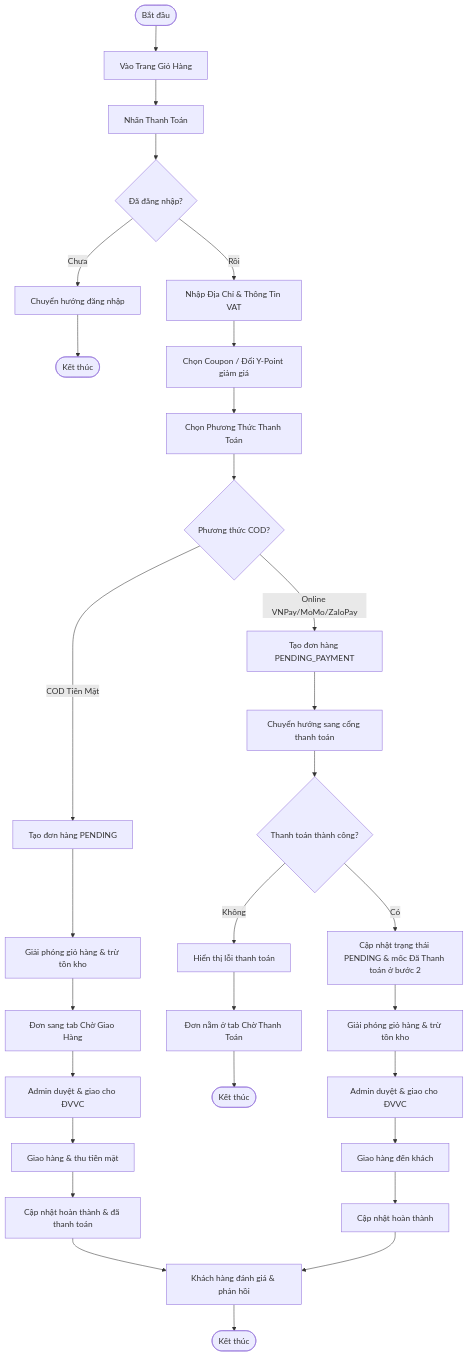
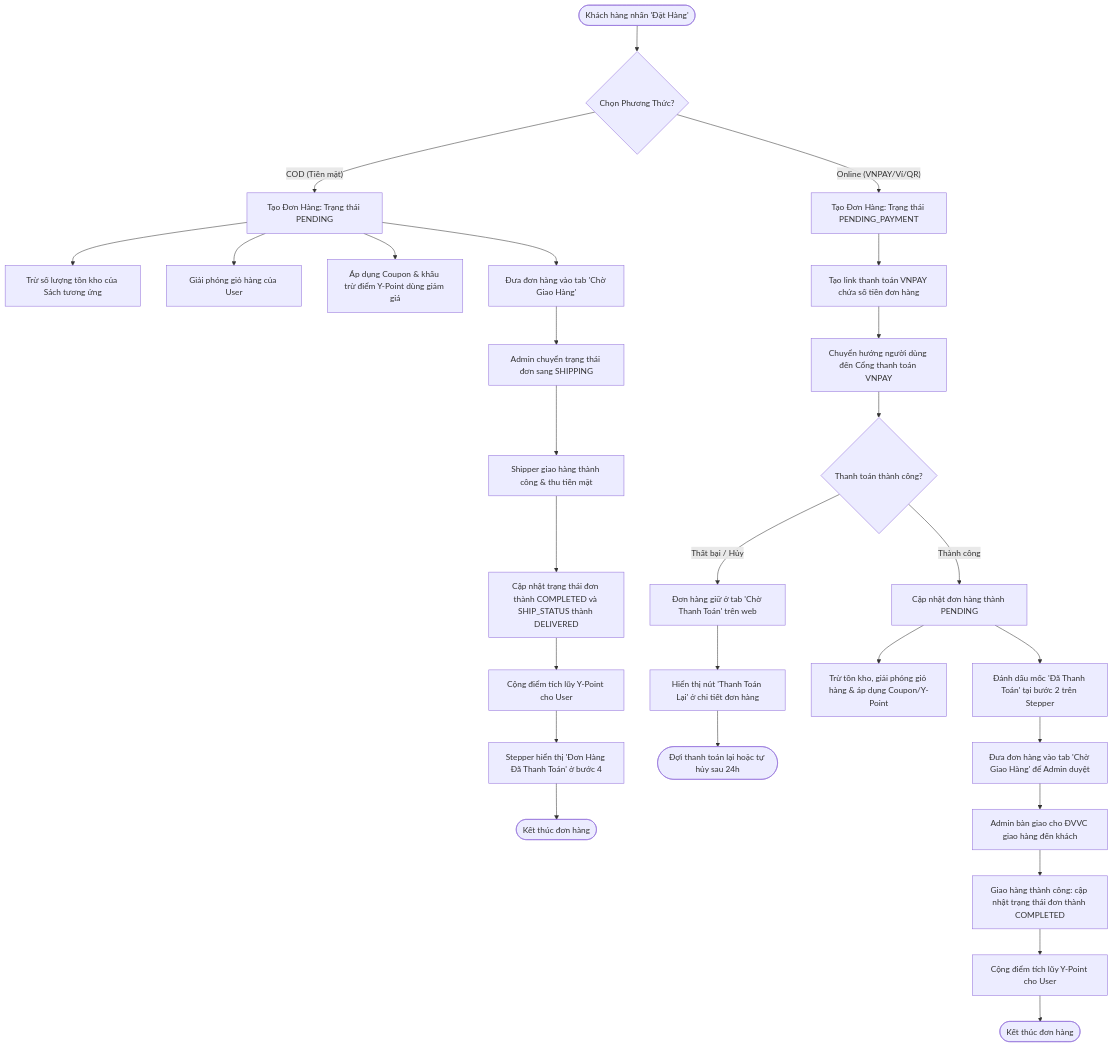
Before and after one commit to BryannLee202/TestingProject: the second of 3 diagrams in README.md, drawn with Mermaid. The commit also changed other lines of this file, not shown here.

Commit message:
docs: expand README.md with detailed workflows, sequence diagrams, and interface layouts

````diff
--- a/README.md
+++ b/README.md
@@ -133,35 +140,33 @@
 ```mermaid
-graph TD
-  Start([Bắt đầu]) --> GoToCart[Vào Trang Giỏ Hàng]
-  GoToCart --> PressCheckout[Nhấn Thanh Toán]
-  PressCheckout --> CheckLogin{Đã đăng nhập?}
+flowchart TD
+  A([Khách hàng nhấn 'Đặt Hàng']) --> B{Chọn Phương Thức?}
   
-  CheckLogin -- Chưa --> RedirectLogin[Chuyển hướng đăng nhập] --> End1([Kết thúc])
-  CheckLogin -- Rồi --> InputInfo[Nhập Địa Chỉ & Thông Tin VAT]
+  %% Nhánh COD
+  B -- COD (Tiền mặt) --> C1[Tạo Đơn Hàng: Trạng thái PENDING]
+  C1 --> D1[Trừ số lượng tồn kho của Sách tương ứng]
+  C1 --> E1[Giải phóng giỏ hàng của User]
+  C1 --> F1[Áp dụng Coupon & khấu trừ điểm Y-Point dùng giảm giá]
+  C1 --> G1[Đưa đơn hàng vào tab 'Chờ Giao Hàng']
+  G1 --> H1[Admin chuyển trạng thái đơn sang SHIPPING]
+  H1 --> I1[Shipper giao hàng thành công & thu tiền mặt]
+  I1 --> J1[Cập nhật trạng thái đơn thành COMPLETED và SHIP_STATUS thành DELIVERED]
+  J1 --> K1[Cộng điểm tích lũy Y-Point cho User]
+  K1 --> L1[Stepper hiển thị 'Đơn Hàng Đã Thanh Toán' ở bước 4] --> M1([Kết thúc đơn hàng])
+
+  %% Nhánh Online
+  B -- Online (VNPAY/Ví/QR) --> C2[Tạo Đơn Hàng: Trạng thái PENDING_PAYMENT]
+  C2 --> D2[Tạo link thanh toán VNPAY chứa số tiền đơn hàng]
+  D2 --> E2[Chuyển hướng người dùng đến Cổng thanh toán VNPAY]
+  E2 --> F2{Thanh toán thành công?}
   
-  InputInfo --> ChoosePromo[Chọn Coupon / Đổi Y-Point giảm giá]
-  ChoosePromo --> SelectPayment[Chọn Phương Thức Thanh Toán]
+  F2 -- Thất bại / Hủy --> G2[Đơn hàng giữ ở tab 'Chờ Thanh Toán' trên web]
+  G2 --> H2[Hiển thị nút 'Thanh Toán Lại' ở chi tiết đơn hàng] --> I2([Đợi thanh toán lại hoặc tự hủy sau 24h])
   
-  SelectPayment --> CheckCOD{Phương thức COD?}
-  
-  CheckCOD -- COD Tiền Mặt --> CreatePendingOrder[Tạo đơn hàng PENDING]
-  CreatePendingOrder --> ReleaseCart[Giải phóng giỏ hàng & trừ tồn kho]
-  ReleaseCart --> MoveToProcessing[Đơn sang tab Chờ Giao Hàng]
-  MoveToProcessing --> AdminShip[Admin duyệt & giao cho ĐVVC]
-  AdminShip --> Delivery[Giao hàng & thu tiền mặt]
-  Delivery --> CompleteCOD[Cập nhật hoàn thành & đã thanh toán] --> ReviewStep[Khách hàng đánh giá & phản hồi]
-  
-  CheckCOD -- Online VNPay/MoMo/ZaloPay --> CreatePaymentOrder[Tạo đơn hàng PENDING_PAYMENT]
-  CreatePaymentOrder --> RedirectPayment[Chuyển hướng sang cổng thanh toán]
-  RedirectPayment --> PaySuccess{Thanh toán thành công?}
-  
-  PaySuccess -- Không --> PayError[Hiển thị lỗi thanh toán] --> KeepInPending[Đơn nằm ở tab Chờ Thanh Toán] --> End2([Kết thúc])
-  
-  PaySuccess -- Có --> UpdatePaidOrder[Cập nhật trạng thái PENDING & mốc Đã Thanh toán ở bước 2]
-  UpdatePaidOrder --> ReleaseCartOnline[Giải phóng giỏ hàng & trừ tồn kho]
-  ReleaseCartOnline --> AdminShipOnline[Admin duyệt & giao cho ĐVVC]
-  AdminShipOnline --> DeliveryOnline[Giao hàng đến khách]
-  DeliveryOnline --> CompleteOnline[Cập nhật hoàn thành] --> ReviewStep
-  
-  ReviewStep --> End3([Kết thúc])
+  F2 -- Thành công --> G3[Cập nhật đơn hàng thành PENDING]
+  G3 --> H3[Trừ tồn kho, giải phóng giỏ hàng & áp dụng Coupon/Y-Point]
+  G3 --> I3[Đánh dấu mốc 'Đã Thanh Toán' tại bước 2 trên Stepper]
+  I3 --> J3[Đưa đơn hàng vào tab 'Chờ Giao Hàng' để Admin duyệt]
+  J3 --> K3[Admin bàn giao cho ĐVVC giao hàng đến khách]
+  K3 --> L3[Giao hàng thành công: cập nhật trạng thái đơn thành COMPLETED]
+  L3 --> M3[Cộng điểm tích lũy Y-Point cho User] --> N3([Kết thúc đơn hàng])
 ```
````
